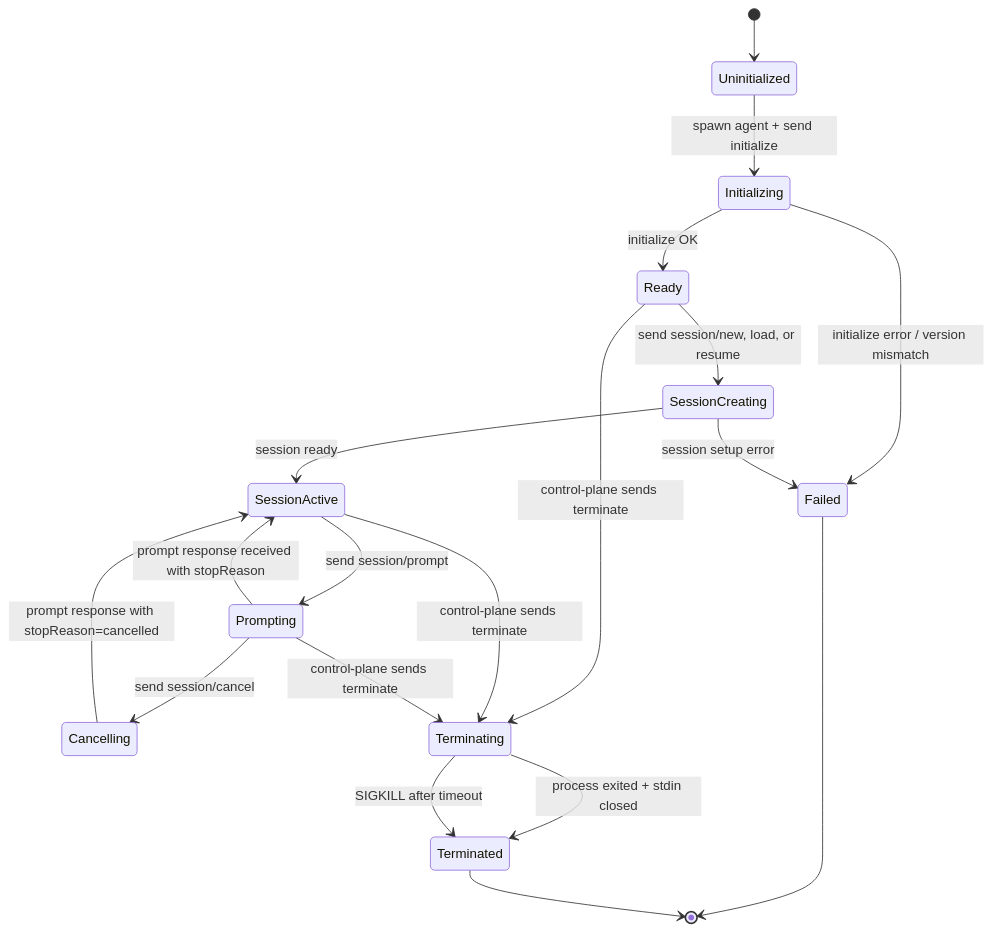
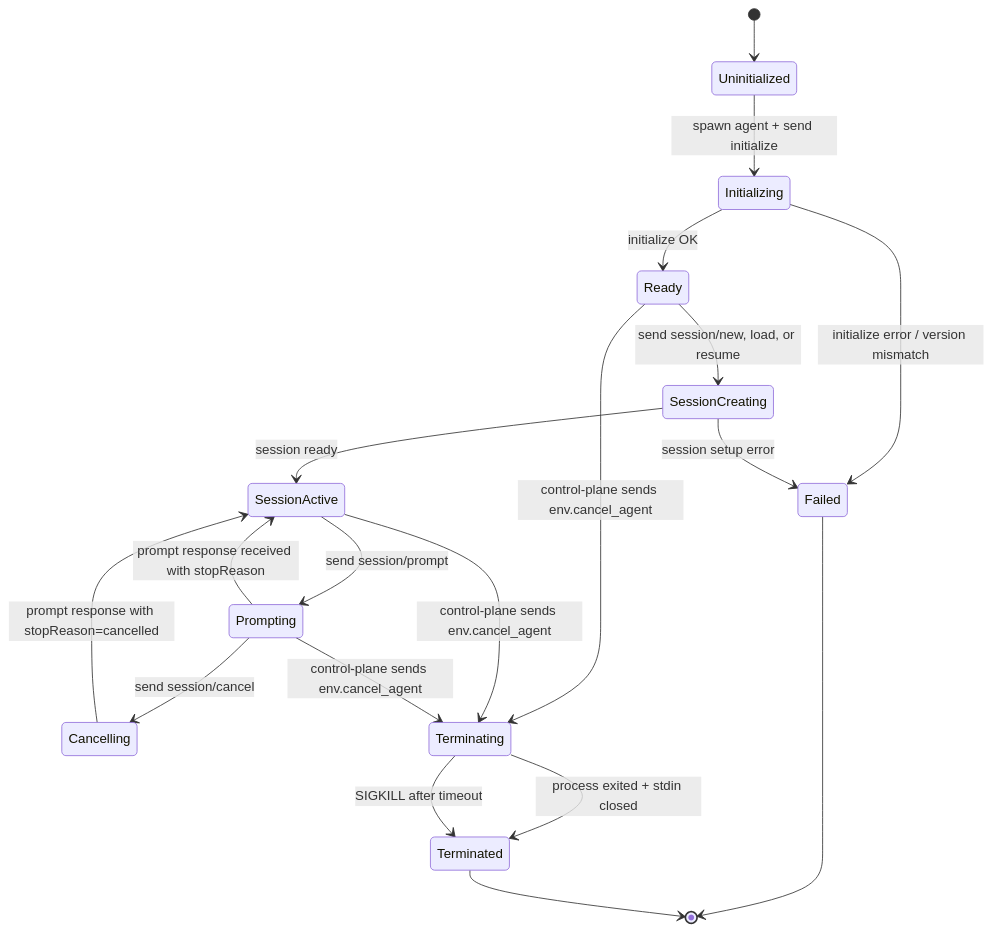
The first of 2 diagrams in docs/knowledge/acp-lifecycle.md (kratisai/kratis), drawn with Mermaid before and after one commit. The commit also changed other lines of this file and 34 other files, not shown here.

````diff
--- a/docs/knowledge/acp-lifecycle.md
+++ b/docs/knowledge/acp-lifecycle.md
@@ -39,26 +39,26 @@
 ```mermaid
 stateDiagram-v2
     [*] --> Uninitialized
 
     Uninitialized --> Initializing : spawn agent + send initialize
     Initializing --> Ready : initialize OK
     Initializing --> Failed : initialize error / version mismatch
 
     Ready --> SessionCreating : send session/new, load, or resume
     SessionCreating --> SessionActive : session ready
     SessionCreating --> Failed : session setup error
 
     SessionActive --> Prompting : send session/prompt
     Prompting --> SessionActive : prompt response received with stopReason
     Prompting --> Cancelling : send session/cancel
     Cancelling --> SessionActive : prompt response with stopReason=cancelled
 
-    Ready --> Terminating : control-plane sends terminate
-    SessionActive --> Terminating : control-plane sends terminate
-    Prompting --> Terminating : control-plane sends terminate
+    Ready --> Terminating : control-plane sends env.cancel_agent
+    SessionActive --> Terminating : control-plane sends env.cancel_agent
+    Prompting --> Terminating : control-plane sends env.cancel_agent
     Terminating --> Terminated : process exited + stdin closed
     Terminating --> Terminated : SIGKILL after timeout
 
     Failed --> [*]
     Terminated --> [*]
 ```
````
